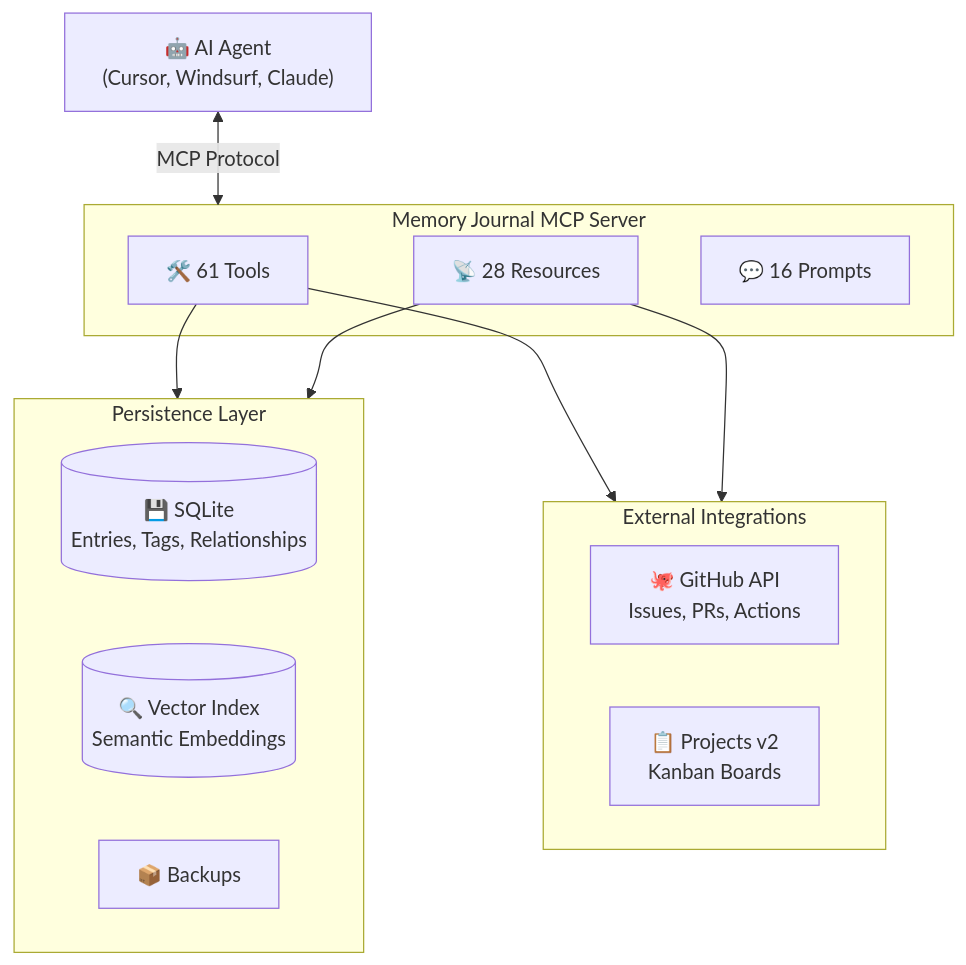
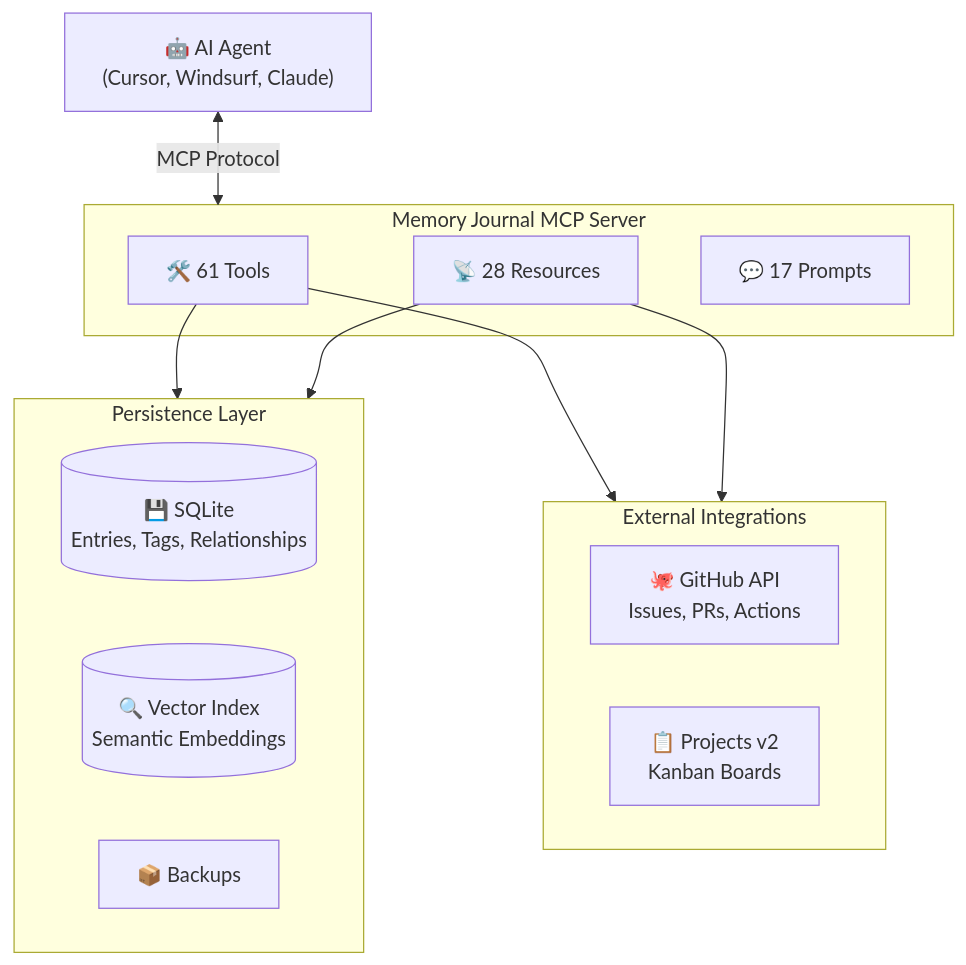
The second of 2 diagrams in README.md (neverinfamous/memory-journal-mcp), drawn with Mermaid before and after one commit. The commit also changed other lines of this file and 2 other files, not shown here.

````diff
--- a/README.md
+++ b/README.md
@@ -605,27 +606,27 @@
 ```mermaid
 flowchart TB
     AI["🤖 AI Agent<br/>(Cursor, Windsurf, Claude)"]
 
     subgraph MCP["Memory Journal MCP Server"]
         Tools["🛠️ 61 Tools"]
         Resources["📡 28 Resources"]
-        Prompts["💬 16 Prompts"]
+        Prompts["💬 17 Prompts"]
     end
 
     subgraph Storage["Persistence Layer"]
         SQLite[("💾 SQLite<br/>Entries, Tags, Relationships")]
         Vector[("🔍 Vector Index<br/>Semantic Embeddings")]
         Backups["📦 Backups"]
     end
 
     subgraph External["External Integrations"]
         GitHub["🐙 GitHub API<br/>Issues, PRs, Actions"]
         Kanban["📋 Projects v2<br/>Kanban Boards"]
     end
 
     AI <-->|"MCP Protocol"| MCP
     Tools --> Storage
     Tools --> External
     Resources --> Storage
     Resources --> External
 ```
````
